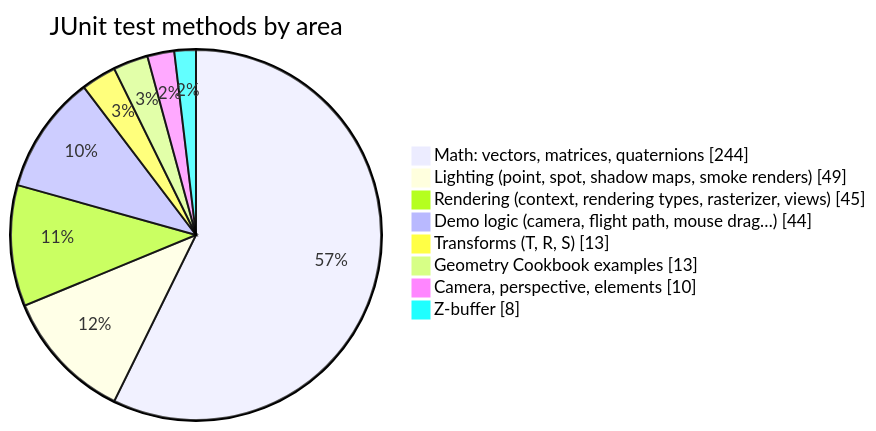
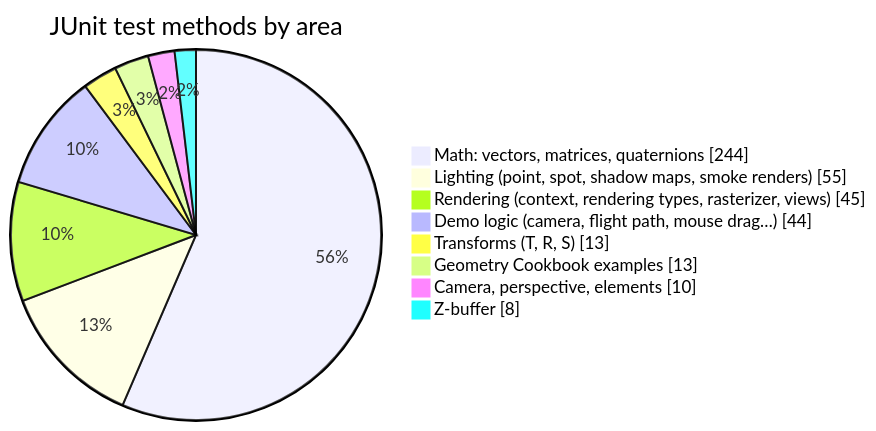
One commit to obarry/Aventura changed diagram 17 of 20 in docs/DESIGN.md. Above: the diagram before and after it, drawn with Mermaid. The commit also changed other lines of this file and 16 other files, not shown here.

````diff
--- a/docs/DESIGN.md
+++ b/docs/DESIGN.md
@@ -698,12 +735,12 @@
 ```mermaid
 pie showData
     title JUnit test methods by area
     "Math: vectors, matrices, quaternions" : 244
-    "Lighting (point, spot, shadow maps, smoke renders)" : 49
+    "Lighting (point, spot, shadow maps, smoke renders)" : 55
     "Rendering (context, rendering types, rasterizer, views)" : 45
     "Demo logic (camera, flight path, mouse drag…)" : 44
     "Transforms (T, R, S)" : 13
     "Geometry Cookbook examples" : 13
     "Camera, perspective, elements" : 10
     "Z-buffer" : 8
 ```
````
